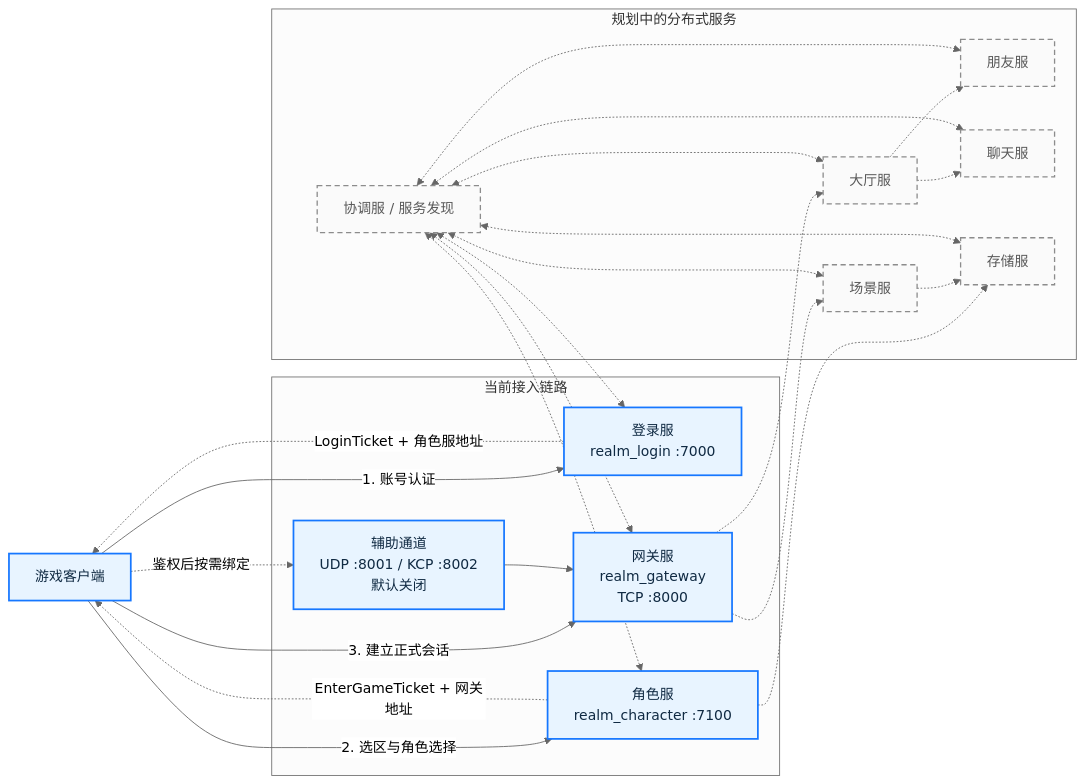
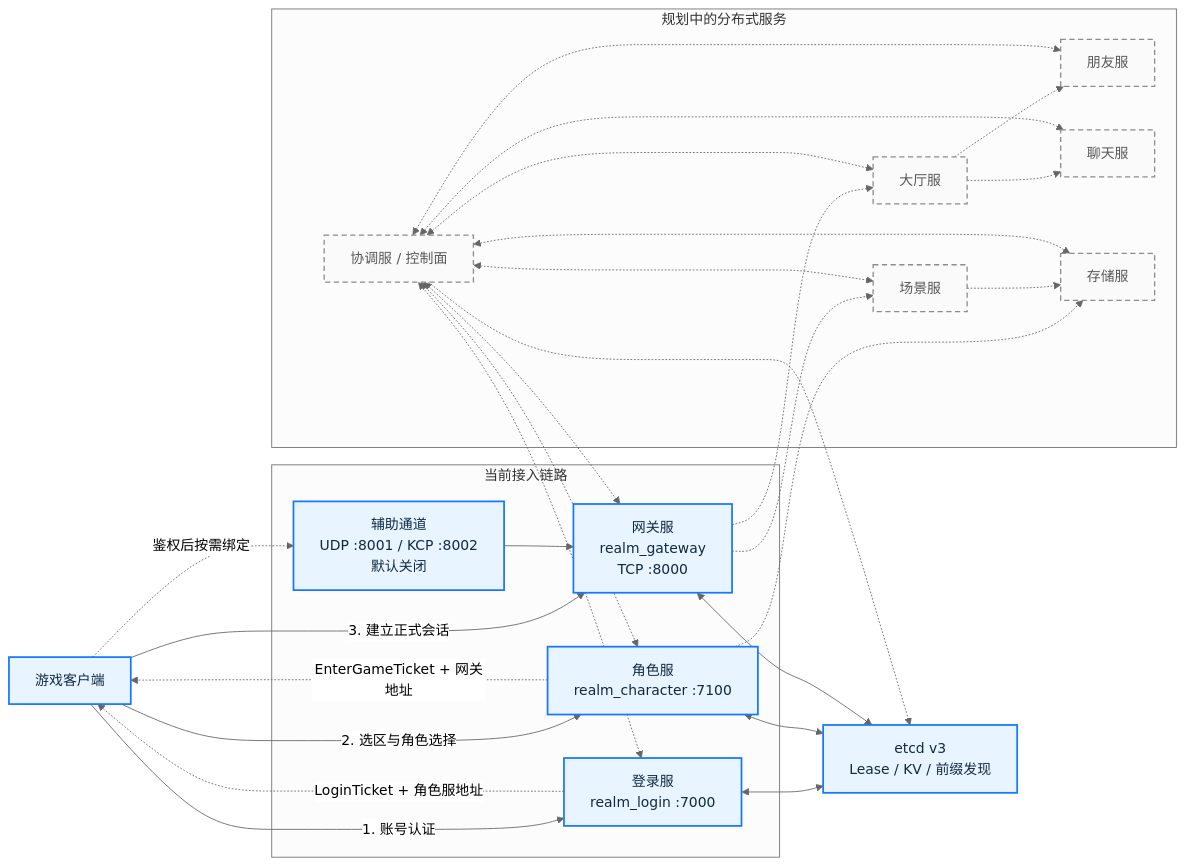
Before and after one commit to lvivvde/RealmMesh: the first of 4 diagrams in docs/architecture.md, drawn with Mermaid (neutral theme). The commit also changed other lines of this file and 35 other files, not shown here.

````diff
--- a/docs/architecture.md
+++ b/docs/architecture.md
@@ -9,49 +9,56 @@
 ```mermaid
 flowchart LR
     Client["游戏客户端"]
 
     subgraph Edge["当前接入链路"]
         Login["登录服<br/>realm_login :7000"]
         Realm["角色服<br/>realm_character :7100"]
         Gateway["网关服<br/>realm_gateway<br/>TCP :8000"]
         Auxiliary["辅助通道<br/>UDP :8001 / KCP :8002<br/>默认关闭"]
     end
 
     Client -->|"1. 账号认证"| Login
     Login -.->|"LoginTicket + 角色服地址"| Client
     Client -->|"2. 选区与角色选择"| Realm
     Realm -.->|"EnterGameTicket + 网关地址"| Client
     Client -->|"3. 建立正式会话"| Gateway
     Client -.->|"鉴权后按需绑定"| Auxiliary
     Auxiliary --> Gateway
 
     subgraph Planned["规划中的分布式服务"]
-        Coordinator["协调服 / 服务发现"]
+        Coordinator["协调服 / 控制面"]
         Lobby["大厅服"]
         Scene["场景服"]
         Friend["朋友服"]
         Chat["聊天服"]
         Storage["存储服"]
     end
+
+    Etcd["etcd v3<br/>Lease / KV / 前缀发现"]
 
     Gateway -.-> Lobby
     Gateway -.-> Scene
     Lobby -.-> Friend
     Lobby -.-> Chat
     Realm -.-> Storage
     Scene -.-> Storage
 
     Coordinator <-.-> Login
     Coordinator <-.-> Realm
     Coordinator <-.-> Gateway
     Coordinator <-.-> Lobby
     Coordinator <-.-> Scene
     Coordinator <-.-> Friend
     Coordinator <-.-> Chat
     Coordinator <-.-> Storage
+    Coordinator -.-> Etcd
+
+    Login <--> Etcd
+    Realm <--> Etcd
+    Gateway <--> Etcd
 
     classDef implemented fill:#e8f4ff,stroke:#1677ff,stroke-width:2px,color:#102a43;
     classDef planned fill:#fafafa,stroke:#8c8c8c,stroke-width:1.5px,stroke-dasharray:6 4,color:#595959;
-    class Client,Login,Realm,Gateway,Auxiliary implemented;
+    class Client,Login,Realm,Gateway,Auxiliary,Etcd implemented;
     class Coordinator,Lobby,Scene,Friend,Chat,Storage planned;
 ```
````
